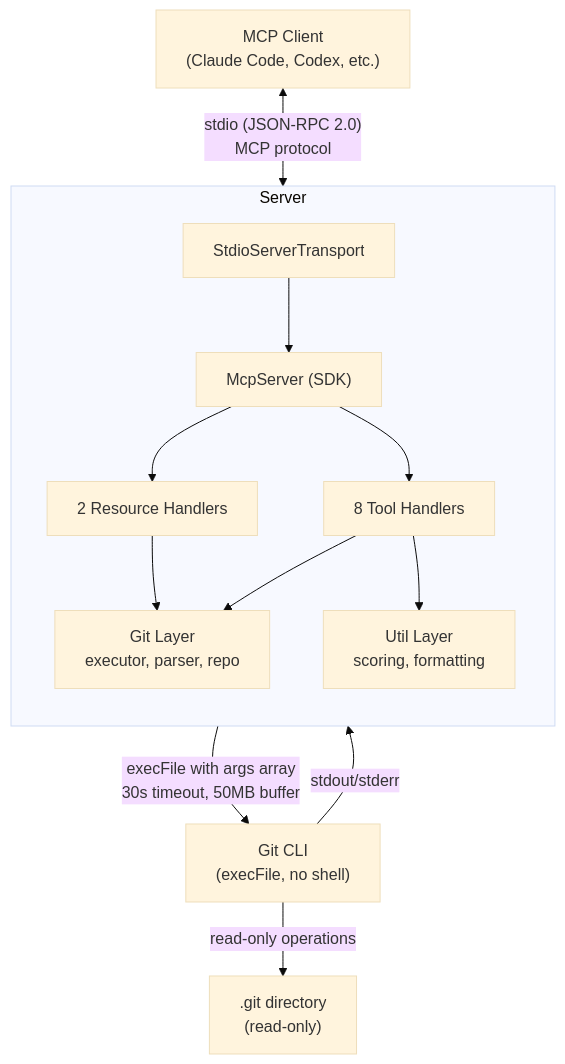
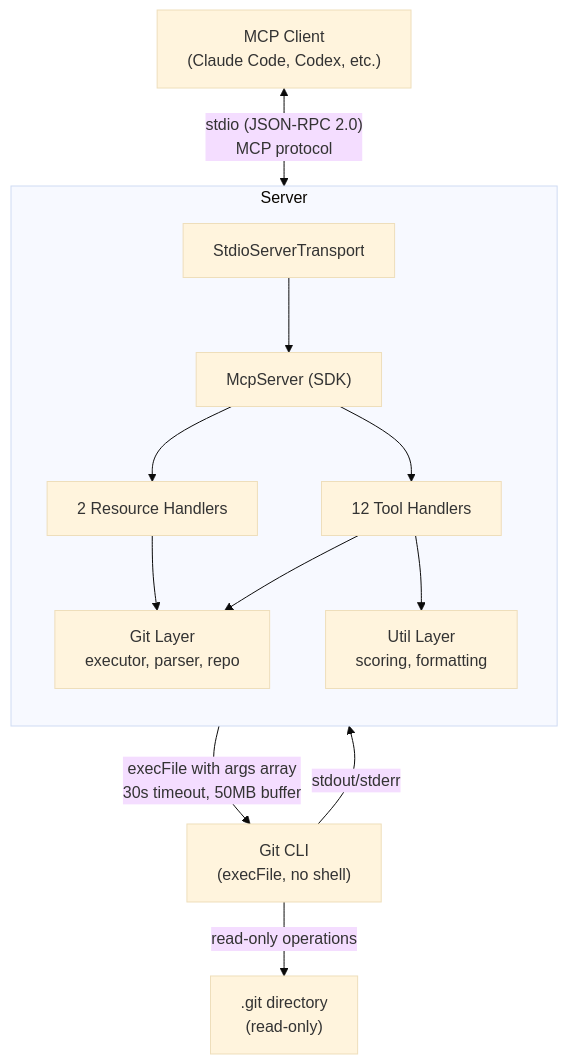
The first of 10 diagrams in ARCHITECTURE.md (hoangsonww/GitIntel-MCP-Server), drawn with Mermaid (base theme) before and after one commit. The commit also changed other lines of this file and 12 other files, not shown here.

````diff
--- a/ARCHITECTURE.md
+++ b/ARCHITECTURE.md
@@ -19,29 +19,29 @@
 ```mermaid
 graph TD
     Client["MCP Client<br/>(Claude Code, Codex, etc.)"]
     Server["mcp-git-intel<br/>Node.js process"]
     Git["Git CLI<br/>(execFile, no shell)"]
     Repo[".git directory<br/>(read-only)"]
 
     Client <-->|"stdio (JSON-RPC 2.0)<br/>MCP protocol"| Server
     Server -->|"execFile with args array<br/>30s timeout, 50MB buffer"| Git
     Git -->|"stdout/stderr"| Server
     Git -->|"read-only operations"| Repo
 
     subgraph Server
         direction TB
         Transport["StdioServerTransport"]
         McpServer["McpServer (SDK)"]
-        Tools["8 Tool Handlers"]
+        Tools["12 Tool Handlers"]
         Resources["2 Resource Handlers"]
         GitLayer["Git Layer<br/>executor, parser, repo"]
         UtilLayer["Util Layer<br/>scoring, formatting"]
 
         Transport --> McpServer
         McpServer --> Tools
         McpServer --> Resources
         Tools --> GitLayer
         Tools --> UtilLayer
         Resources --> GitLayer
     end
 ```
````
